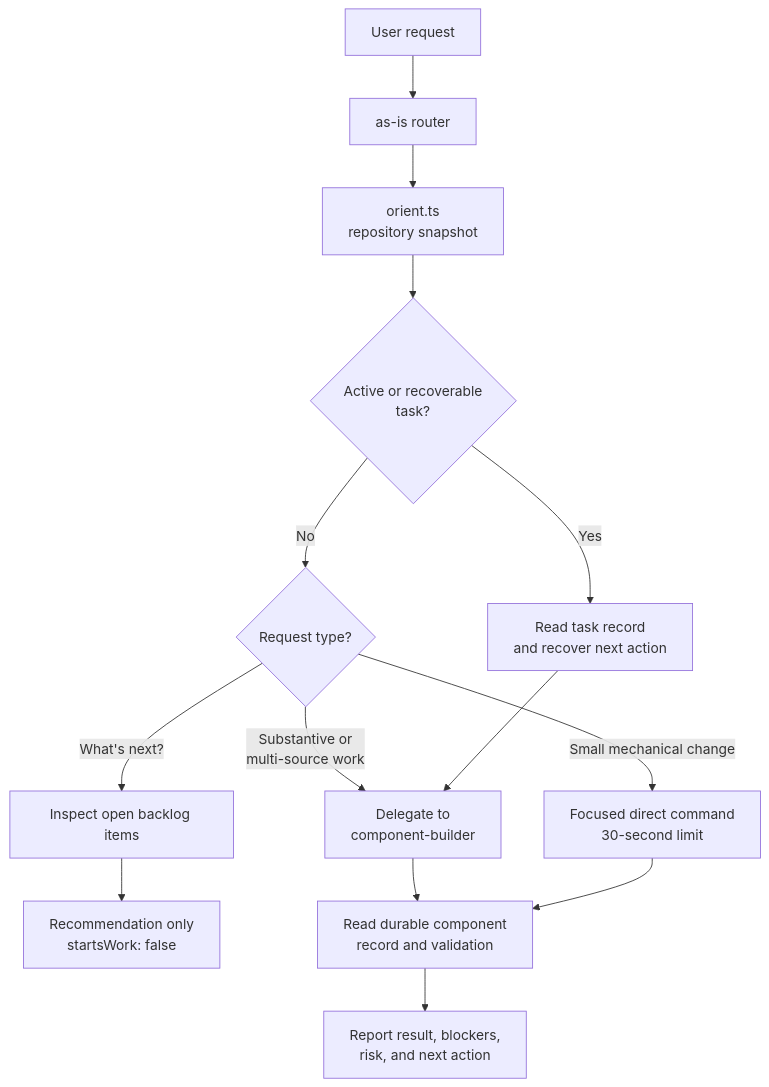
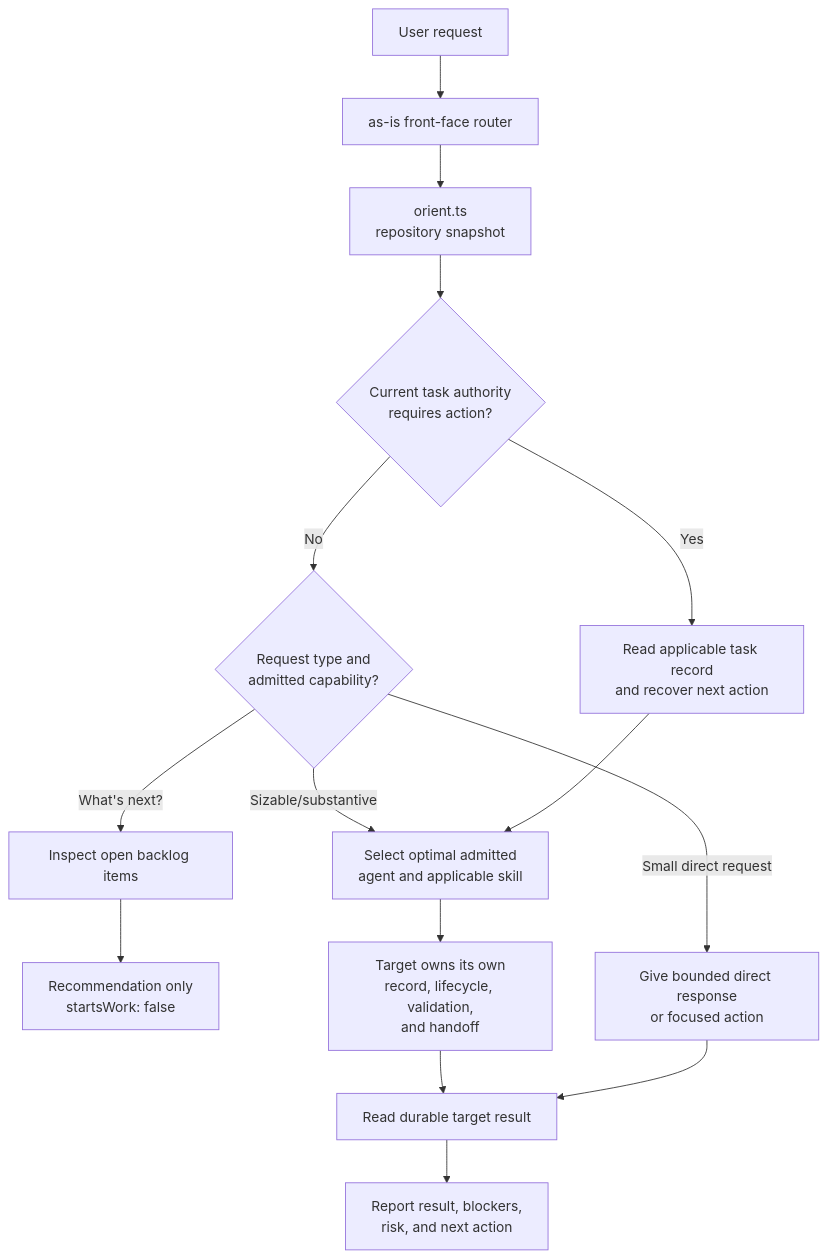
One commit to abstract-business-systems/as-is changed the diagram in agents/as-is/as-is.md. Above: the diagram before and after it, drawn with Mermaid. The commit also changed other lines of this file, not shown here.

Commit message:
docs(as-is): clarify routing and target ownership

````diff
--- a/agents/as-is/as-is.md
+++ b/agents/as-is/as-is.md
@@ -53,16 +53,17 @@
 ```mermaid
 flowchart TD
-    U[User request] --> R[as-is router]
+    U[User request] --> R[as-is front-face router]
     R --> O[orient.ts\nrepository snapshot]
-    O --> T{Active or recoverable\ntask?}
-    T -- Yes --> REC[Read task record\nand recover next action]
-    T -- No --> TYPE{Request type?}
+    O --> T{Current task authority\nrequires action?}
+    T -- Yes --> REC[Read applicable task record\nand recover next action]
+    T -- No --> TYPE{Request type and\nadmitted capability?}
     TYPE -- What's next? --> BACK[Inspect open backlog items]
     BACK --> RECO[Recommendation only\nstartsWork: false]
-    TYPE -- Small mechanical change --> DIRECT[Focused direct command\n30-second limit]
-    TYPE -- Substantive or\nmulti-source work --> BUILDER[Delegate to\ncomponent-builder]
-    REC --> BUILDER
-    BUILDER --> RESULT[Read durable component\nrecord and validation]
+    TYPE -- Small direct request --> DIRECT[Give bounded direct response\nor focused action]
+    TYPE -- Sizable/substantive --> TARGET[Select optimal admitted\nagent and applicable skill]
+    REC --> TARGET
+    TARGET --> CONTRACT[Target owns its own\nrecord, lifecycle, validation,\nand handoff]
+    CONTRACT --> RESULT[Read durable target result]
     DIRECT --> RESULT
     RESULT --> REPORT[Report result, blockers,\nrisk, and next action]
 ```
````
